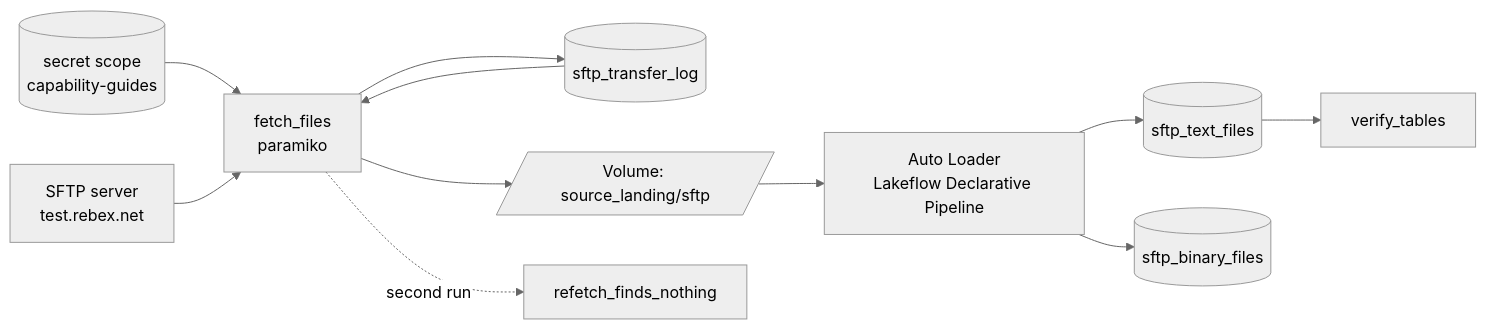
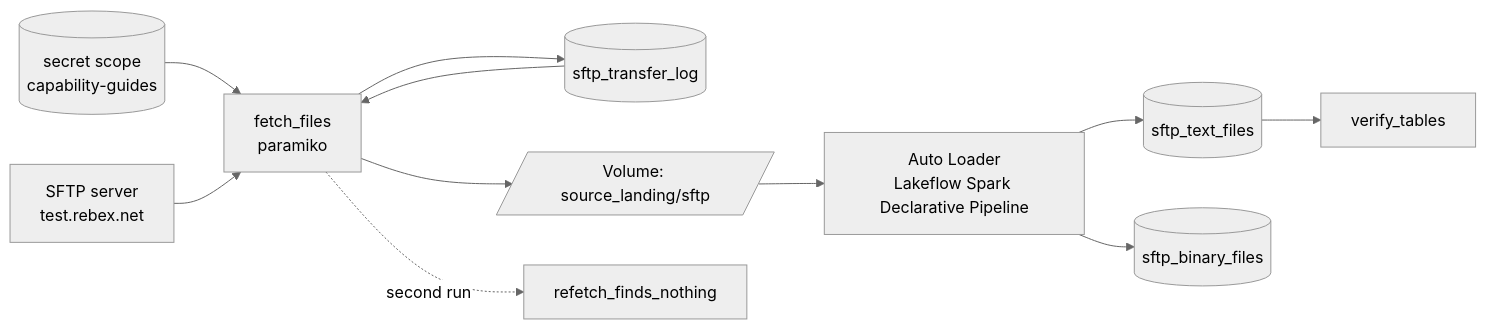
One commit to pengbricks/pengbricks-app-capabilities-walkthrough changed the diagram in reference/source-ingestion/guides/sftp-ingestion/README.md. Above: the diagram before and after it, drawn with Mermaid (neutral theme). The commit also changed other lines of this file and 29 other files, not shown here.

````diff
--- a/reference/source-ingestion/guides/sftp-ingestion/README.md
+++ b/reference/source-ingestion/guides/sftp-ingestion/README.md
@@ -19,13 +19,13 @@
 ```mermaid
 flowchart LR
   scope[(secret scope<br/>capability-guides)] --> fetch
   server[SFTP server<br/>test.rebex.net] --> fetch[fetch_files<br/>paramiko]
   log[(sftp_transfer_log)] --> fetch
   fetch --> vol[/Volume: source_landing/sftp/]
   fetch --> log
-  vol --> al[Auto Loader<br/>Lakeflow Declarative Pipeline]
+  vol --> al[Auto Loader<br/>Lakeflow Spark Declarative Pipeline]
   al --> text[(sftp_text_files)]
   al --> bin[(sftp_binary_files)]
   text --> verify[verify_tables]
   fetch -. second run .-> again[refetch_finds_nothing]
 ```
````
